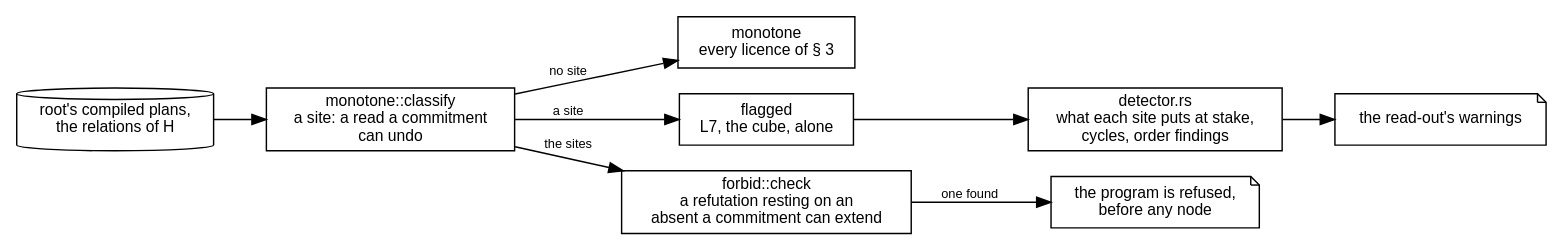
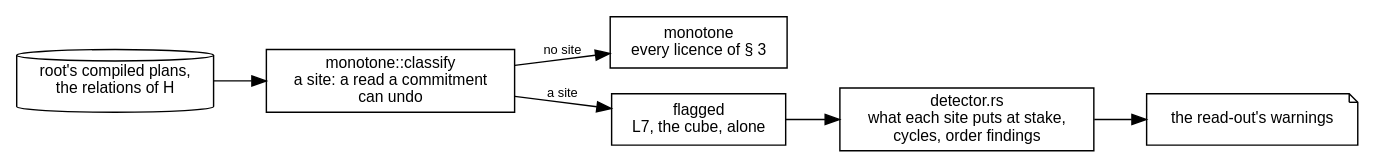
One commit to agutikov/ein changed the diagram in docs/ein/ein.rs/03-design/diagrams/07-static-check.dot. Above: the diagram before and after it, drawn with Graphviz. The commit also changed 138 other files, not shown here.

```diff
--- a/docs/ein/ein.rs/03-design/diagrams/07-static-check.dot
+++ b/docs/ein/ein.rs/03-design/diagrams/07-static-check.dot
@@ -1,22 +1,18 @@
 digraph check {
   rankdir=LR;
   node [shape=box, fontname="Helvetica", fontsize=11];
   edge [fontname="Helvetica", fontsize=9];
 
   plans   [shape=cylinder, label="root's compiled plans,\nthe relations of H"];
   classify [label="monotone::classify\na site: a read a commitment\ncan undo"];
   mono    [label="monotone\nevery licence of § 3"];
   flagged [label="flagged\nL7, the cube, alone"];
   det     [label="detector.rs\nwhat each site puts at stake,\ncycles, order findings"];
-  forbid  [label="forbid::check\na refutation resting on an\nabsent a commitment can extend"];
-  refused [shape=note, label="the program is refused,\nbefore any node"];
   warn    [shape=note, label="the read-out's warnings"];
 
   plans -> classify;
   classify -> mono    [label="no site"];
   classify -> flagged [label="a site"];
   flagged -> det;
   det -> warn;
-  classify -> forbid  [label="the sites"];
-  forbid -> refused   [label="one found"];
 }
```
